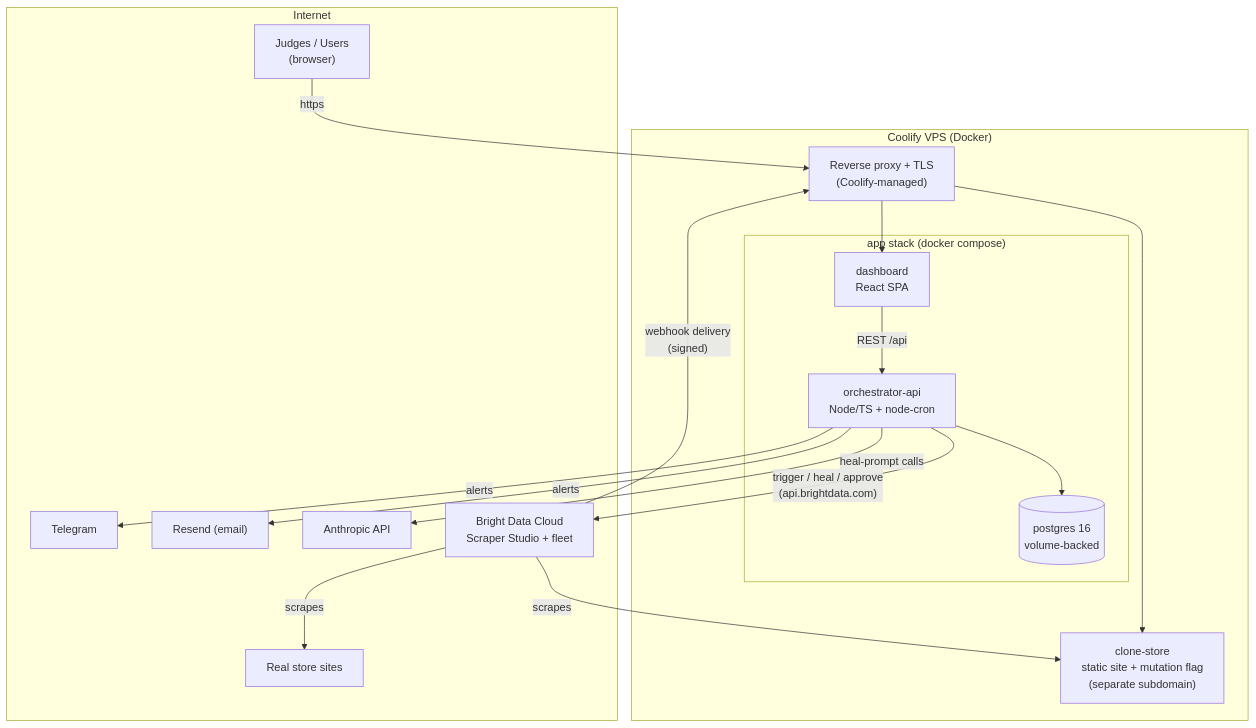
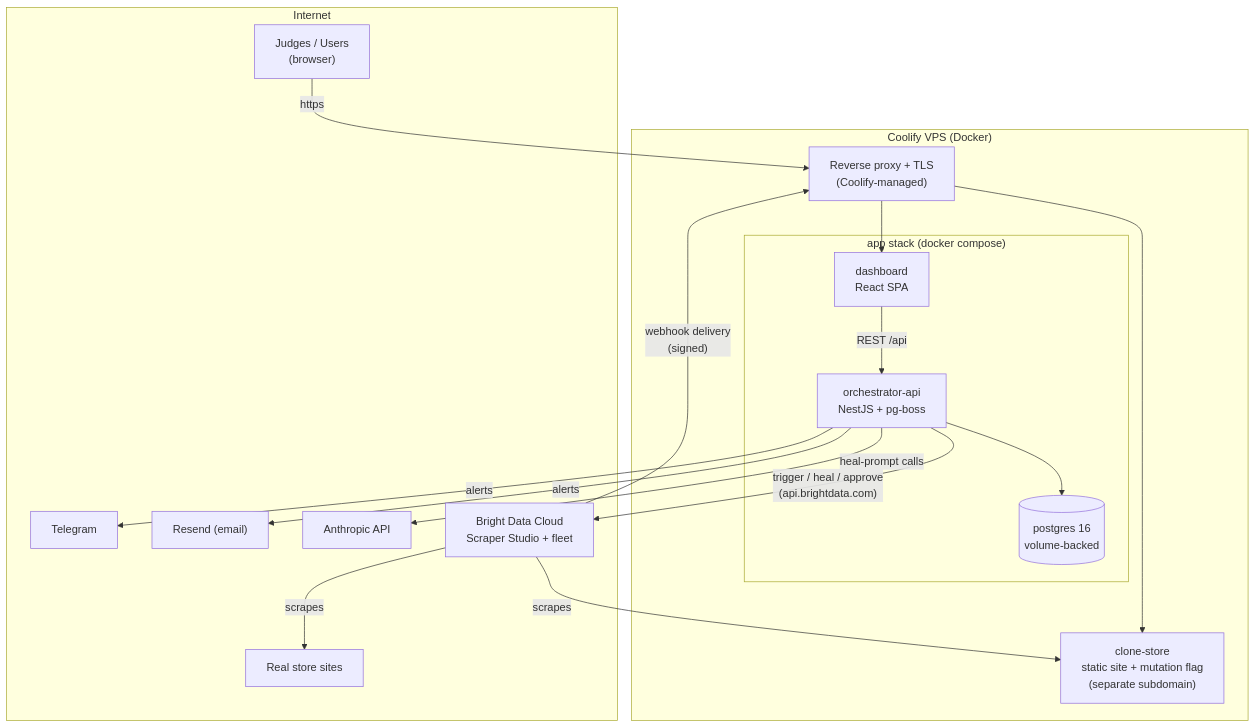
Before and after one commit to spencerjireh/basketwatch: the fifth of 5 diagrams in docs/architecture.md, drawn with Mermaid. The commit also changed other lines of this file and 24 other files, not shown here.

Commit message:
backend: swap Hono/node-cron for NestJS + pg-boss; dev/prod compose split with Dockerfiles; docs updated

````diff
--- a/docs/architecture.md
+++ b/docs/architecture.md
@@ -284,34 +291,34 @@
 ```mermaid
 flowchart TB
     subgraph INET["Internet"]
         JUDGE["Judges / Users<br/>(browser)"]
         TG["Telegram"]
         RESEND["Resend (email)"]
         ANTHROPIC["Anthropic API"]
         BDCLOUD["Bright Data Cloud<br/>Scraper Studio + fleet"]
         STORES["Real store sites"]
     end
 
     subgraph COOLIFY["Coolify VPS (Docker)"]
         PROXY["Reverse proxy + TLS<br/>(Coolify-managed)"]
         subgraph APP["app stack (docker compose)"]
             WEB["dashboard<br/>React SPA"]
-            APIC["orchestrator-api<br/>Node/TS + node-cron"]
+            APIC["orchestrator-api<br/>NestJS + pg-boss"]
             PG[("postgres 16<br/>volume-backed")]
         end
         CLONE["clone-store<br/>static site + mutation flag<br/>(separate subdomain)"]
     end
 
     JUDGE -->|https| PROXY
     PROXY --> WEB
     PROXY --> CLONE
     WEB -->|REST /api| APIC
     APIC --> PG
     APIC -->|"trigger / heal / approve<br/>(api.brightdata.com)"| BDCLOUD
     BDCLOUD -->|"webhook delivery<br/>(signed)"| PROXY
     BDCLOUD -->|scrapes| STORES
     BDCLOUD -->|scrapes| CLONE
     APIC -->|heal-prompt calls| ANTHROPIC
     APIC -->|alerts| RESEND
     APIC -->|alerts| TG
 ```
````
